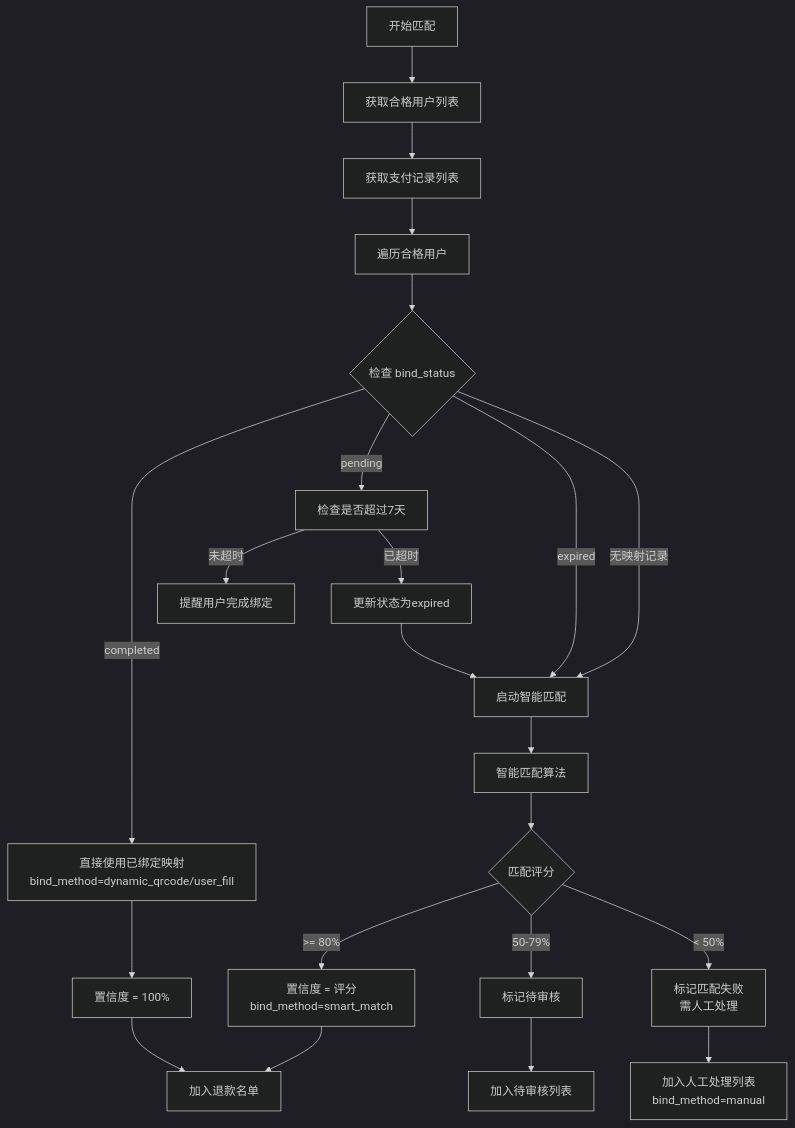
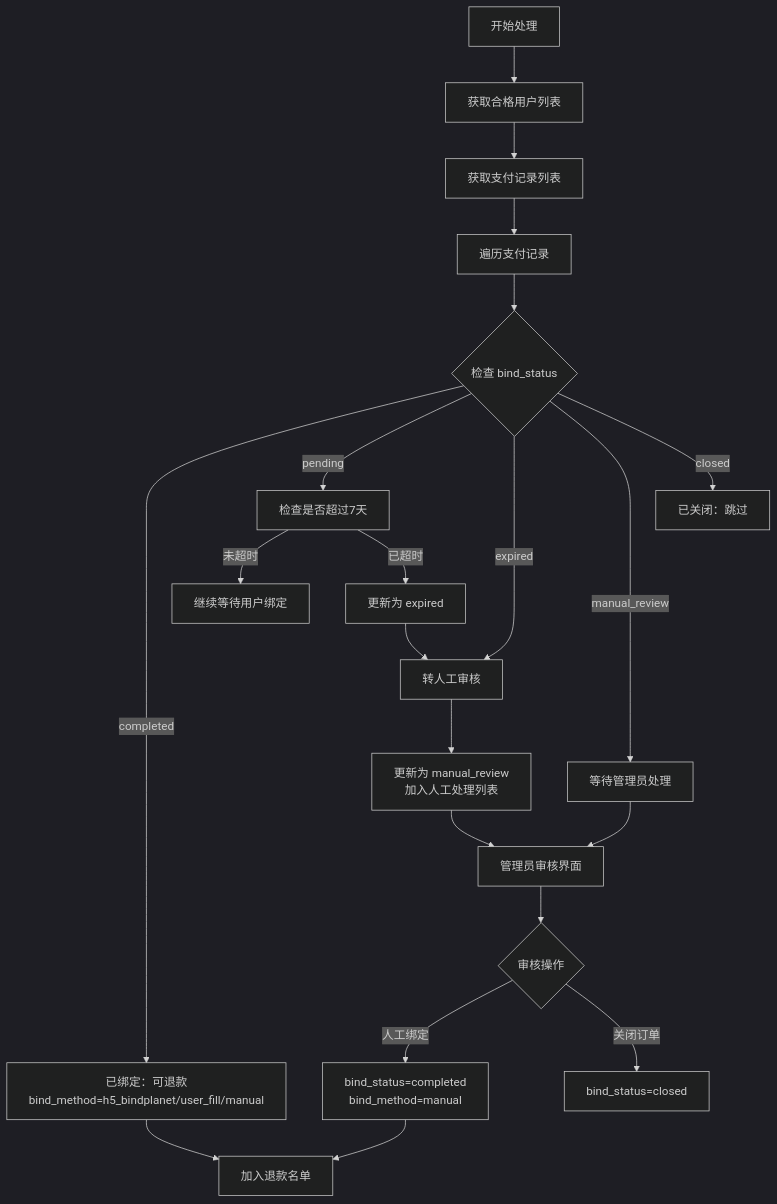
One commit to yiancode/AutoDepositRefundAgent changed diagram 13 of 58 in docs/v1/技术方案.md. Above: the diagram before and after it, drawn with Mermaid (dark theme). The commit also changed other lines of this file and 9 other files, not shown here.

````diff
--- a/docs/v1/技术方案.md
+++ b/docs/v1/技术方案.md
@@ -673,30 +785,30 @@
 ```mermaid
 flowchart TD
-    A[开始匹配] --> B[获取合格用户列表]
+    A[开始处理] --> B[获取合格用户列表]
     B --> C[获取支付记录列表]
 
-    C --> D[遍历合格用户]
+    C --> D[遍历支付记录]
     D --> E{检查 bind_status}
 
-    E -->|completed| F[直接使用已绑定映射<br/>bind_method=dynamic_qrcode/user_fill]
+    E -->|completed| F[已绑定：可退款<br/>bind_method=h5_bindplanet/user_fill/manual]
     E -->|pending| G[检查是否超过7天]
-    E -->|expired| H[启动智能匹配]
-    E -->|无映射记录| H
+    E -->|expired| H[转人工审核]
+    E -->|manual_review| I[等待管理员处理]
+    E -->|closed| J[已关闭：跳过]
 
-    G -->|未超时| I[提醒用户完成绑定]
-    G -->|已超时| J[更新状态为expired]
-    J --> H
+    G -->|未超时| K[继续等待用户绑定]
+    G -->|已超时| L[更新为 expired]
+    L --> H
 
-    F --> K[置信度 = 100%]
-    H --> L[智能匹配算法]
+    H --> M[更新为 manual_review<br/>加入人工处理列表]
 
-    L --> M{匹配评分}
-    M -->|>= 80%| N[置信度 = 评分<br/>bind_method=smart_match]
-    M -->|50-79%| O[标记待审核]
-    M -->|< 50%| P[标记匹配失败<br/>需人工处理]
+    F --> N[加入退款名单]
+    M --> O[管理员审核界面]
+    I --> O
 
-    K --> Q[加入退款名单]
-    N --> Q
-    O --> R[加入待审核列表]
-    P --> S[加入人工处理列表<br/>bind_method=manual]
+    O --> P{审核操作}
+    P -->|人工绑定| Q[bind_status=completed<br/>bind_method=manual]
+    P -->|关闭订单| R[bind_status=closed]
+
+    Q --> N
 ```
````
